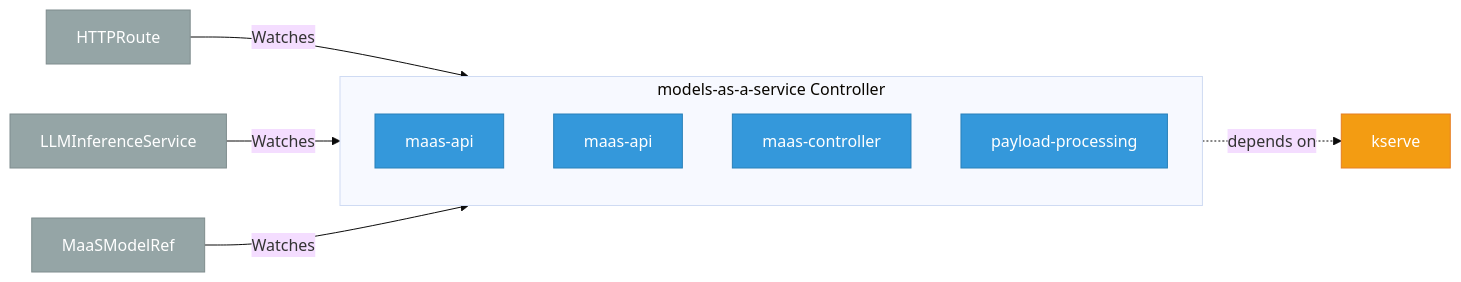
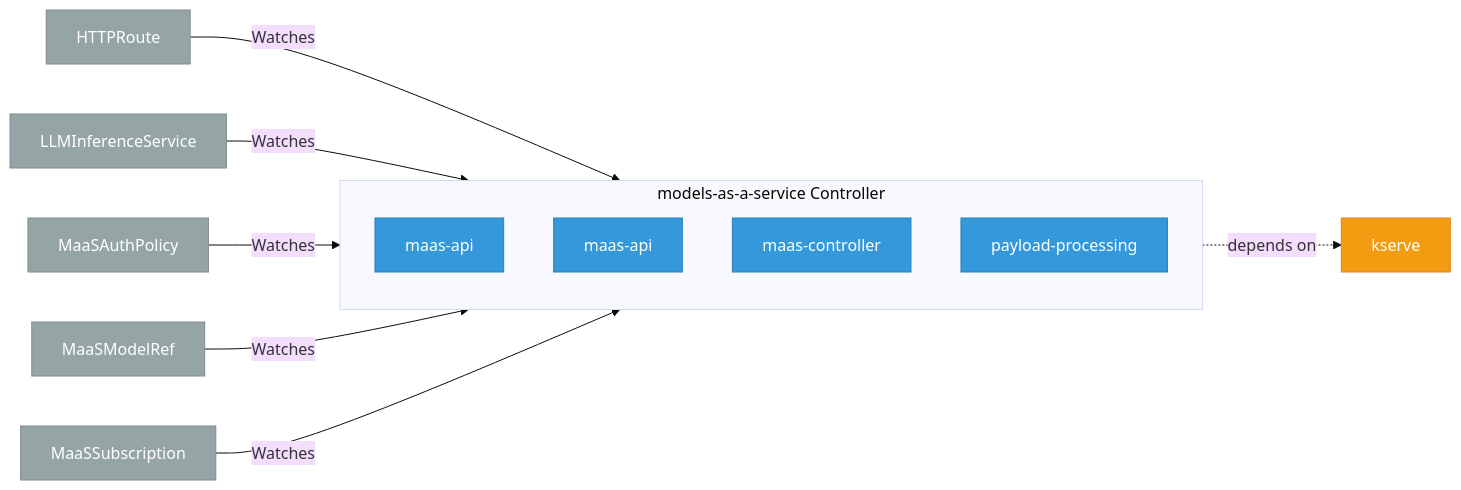
One commit to ugiordan/rhoai-architecture-analyzer changed the diagram in site/docs/use-cases/odh-platform/components/models_as_a_service/index.md. Above: the diagram before and after it, drawn with Mermaid (base theme). The commit also changed other lines of this file and 402 other files, not shown here.

````diff
--- a/site/docs/use-cases/odh-platform/components/models_as_a_service/index.md
+++ b/site/docs/use-cases/odh-platform/components/models_as_a_service/index.md
@@ -22,30 +25,34 @@
 ```mermaid
 graph LR
     %% Component architecture for models-as-a-service
 
     classDef crd fill:#e74c3c,stroke:#c0392b,color:#fff
     classDef controller fill:#3498db,stroke:#2980b9,color:#fff
     classDef owned fill:#2ecc71,stroke:#27ae60,color:#fff
     classDef external fill:#95a5a6,stroke:#7f8c8d,color:#fff
     classDef dep fill:#f39c12,stroke:#e67e22,color:#fff
 
     subgraph controller["models-as-a-service Controller"]
         dep_1["maas-api"]
         class dep_1 controller
         dep_2["maas-api"]
         class dep_2 controller
         dep_3["maas-controller"]
         class dep_3 controller
         dep_4["payload-processing"]
         class dep_4 controller
     end
 
     watch_5["HTTPRoute"] -->|"Watches"| controller
     class watch_5 external
     watch_6["LLMInferenceService"] -->|"Watches"| controller
     class watch_6 external
-    watch_7["MaaSModelRef"] -->|"Watches"| controller
+    watch_7["MaaSAuthPolicy"] -->|"Watches"| controller
     class watch_7 external
-    controller -.->|"depends on"| odh_8["kserve"]
-    class odh_8 dep
+    watch_8["MaaSModelRef"] -->|"Watches"| controller
+    class watch_8 external
+    watch_9["MaaSSubscription"] -->|"Watches"| controller
+    class watch_9 external
+    controller -.->|"depends on"| odh_10["kserve"]
+    class odh_10 dep
 ```
````
